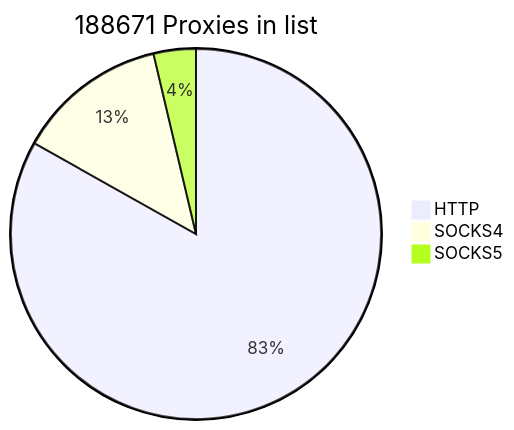
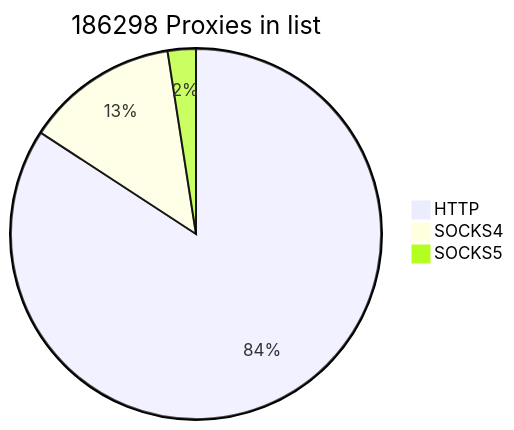
The first of 2 diagrams in README.md (cutipu/proxylist), drawn with Mermaid before and after one commit. The commit also changed other lines of this file, not shown here.

````diff
--- a/README.md
+++ b/README.md
@@ -2,7 +2,7 @@
 ```mermaid
-pie title 188671 Proxies in list
-    "HTTP" : 156861
-    "SOCKS4" : 24851
-    "SOCKS5" : 6959
+pie title 186298 Proxies in list
+    "HTTP" : 156862
+    "SOCKS4" : 24852
+    "SOCKS5" : 4584
             
 ```
````
